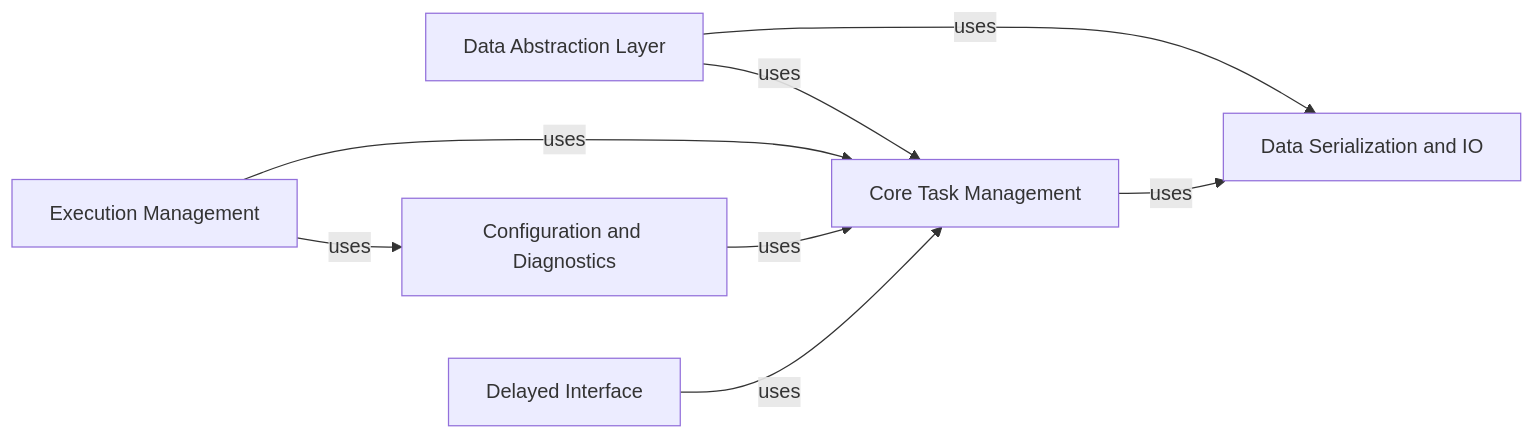
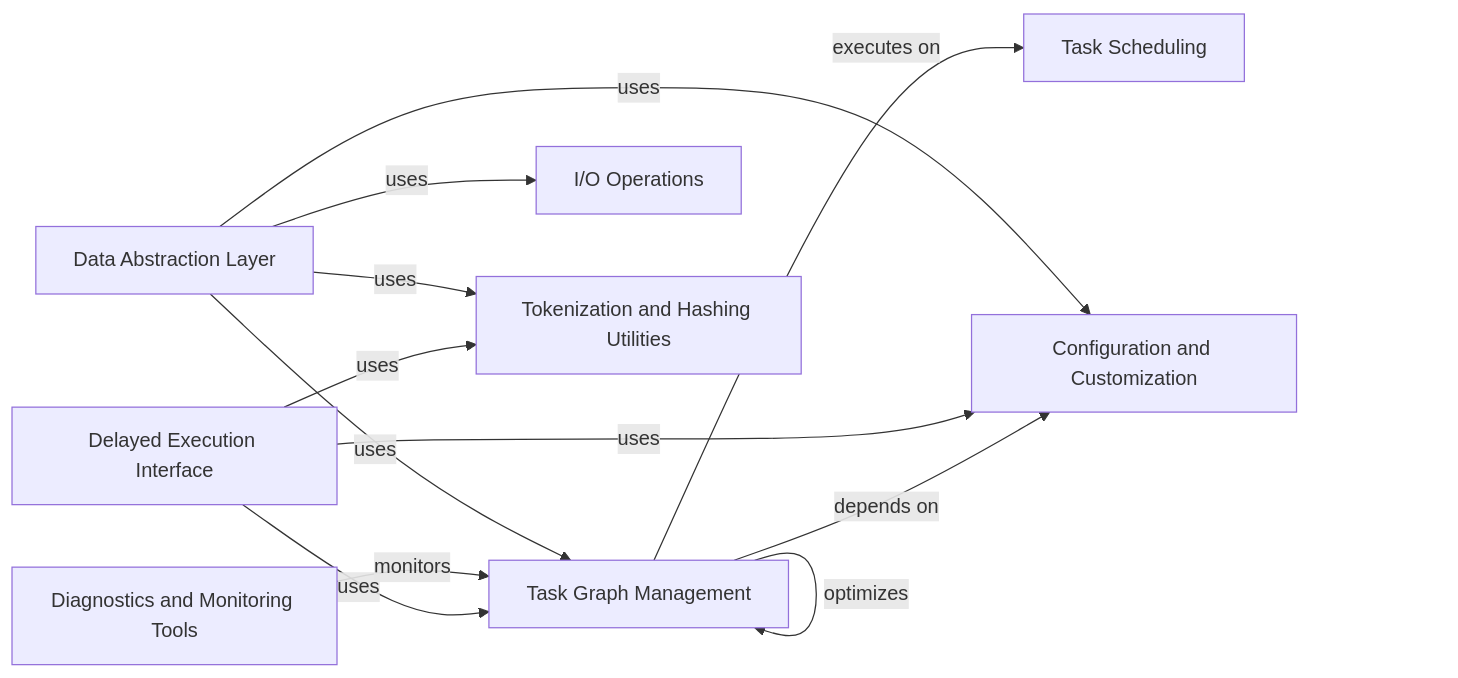
One commit to CodeBoarding/GeneratedOnBoardings changed the diagram in dask/on_boarding.md. Above: the diagram before and after it, drawn with Mermaid. The commit also changed other lines of this file and 13 other files, not shown here.

````diff
--- a/dask/on_boarding.md
+++ b/dask/on_boarding.md
@@ -1,22 +1,30 @@
 ```mermaid
 graph LR
-    Core_Task_Management["Core Task Management"]
+    Task_Graph_Management["Task Graph Management"]
     Data_Abstraction_Layer["Data Abstraction Layer"]
-    Execution_Management["Execution Management"]
-    Configuration_and_Diagnostics["Configuration and Diagnostics"]
-    Data_Serialization_and_IO["Data Serialization and IO"]
-    Delayed_Interface["Delayed Interface"]
-    Data_Abstraction_Layer -- "uses" --> Core_Task_Management
-    Execution_Management -- "uses" --> Core_Task_Management
-    Configuration_and_Diagnostics -- "uses" --> Core_Task_Management
-    Execution_Management -- "uses" --> Configuration_and_Diagnostics
-    Data_Abstraction_Layer -- "uses" --> Data_Serialization_and_IO
-    Core_Task_Management -- "uses" --> Data_Serialization_and_IO
-    Delayed_Interface -- "uses" --> Core_Task_Management
-    click Core_Task_Management href "https://github.com/CodeBoarding/GeneratedOnBoardings/blob/main/dask/Core Task Management.md" "Details"
+    Task_Scheduling["Task Scheduling"]
+    Configuration_and_Customization["Configuration and Customization"]
+    I_O_Operations["I/O Operations"]
+    Diagnostics_and_Monitoring_Tools["Diagnostics and Monitoring Tools"]
+    Delayed_Execution_Interface["Delayed Execution Interface"]
+    Tokenization_and_Hashing_Utilities["Tokenization and Hashing Utilities"]
+    Task_Graph_Management -- "executes on" --> Task_Scheduling
+    Data_Abstraction_Layer -- "uses" --> Task_Graph_Management
+    Diagnostics_and_Monitoring_Tools -- "monitors" --> Task_Graph_Management
+    Task_Graph_Management -- "optimizes" --> Task_Graph_Management
+    Data_Abstraction_Layer -- "uses" --> Configuration_and_Customization
+    Data_Abstraction_Layer -- "uses" --> I_O_Operations
+    Data_Abstraction_Layer -- "uses" --> Tokenization_and_Hashing_Utilities
+    Delayed_Execution_Interface -- "uses" --> Task_Graph_Management
+    Delayed_Execution_Interface -- "uses" --> Configuration_and_Customization
+    Delayed_Execution_Interface -- "uses" --> Tokenization_and_Hashing_Utilities
+    Task_Graph_Management -- "depends on" --> Configuration_and_Customization
+    click Task_Graph_Management href "https://github.com/CodeBoarding/GeneratedOnBoardings/blob/main/dask/Task Graph Management.md" "Details"
     click Data_Abstraction_Layer href "https://github.com/CodeBoarding/GeneratedOnBoardings/blob/main/dask/Data Abstraction Layer.md" "Details"
-    click Execution_Management href "https://github.com/CodeBoarding/GeneratedOnBoardings/blob/main/dask/Execution Management.md" "Details"
-    click Configuration_and_Diagnostics href "https://github.com/CodeBoarding/GeneratedOnBoardings/blob/main/dask/Configuration and Diagnostics.md" "Details"
-    click Data_Serialization_and_IO href "https://github.com/CodeBoarding/GeneratedOnBoardings/blob/main/dask/Data Serialization and IO.md" "Details"
-    click Delayed_Interface href "https://github.com/CodeBoarding/GeneratedOnBoardings/blob/main/dask/Delayed Interface.md" "Details"
+    click Task_Scheduling href "https://github.com/CodeBoarding/GeneratedOnBoardings/blob/main/dask/Task Scheduling.md" "Details"
+    click Configuration_and_Customization href "https://github.com/CodeBoarding/GeneratedOnBoardings/blob/main/dask/Configuration and Customization.md" "Details"
+    click I_O_Operations href "https://github.com/CodeBoarding/GeneratedOnBoardings/blob/main/dask/I/O Operations.md" "Details"
+    click Diagnostics_and_Monitoring_Tools href "https://github.com/CodeBoarding/GeneratedOnBoardings/blob/main/dask/Diagnostics and Monitoring Tools.md" "Details"
+    click Delayed_Execution_Interface href "https://github.com/CodeBoarding/GeneratedOnBoardings/blob/main/dask/Delayed Execution Interface.md" "Details"
+    click Tokenization_and_Hashing_Utilities href "https://github.com/CodeBoarding/GeneratedOnBoardings/blob/main/dask/Tokenization and Hashing Utilities.md" "Details"
 ```
````
